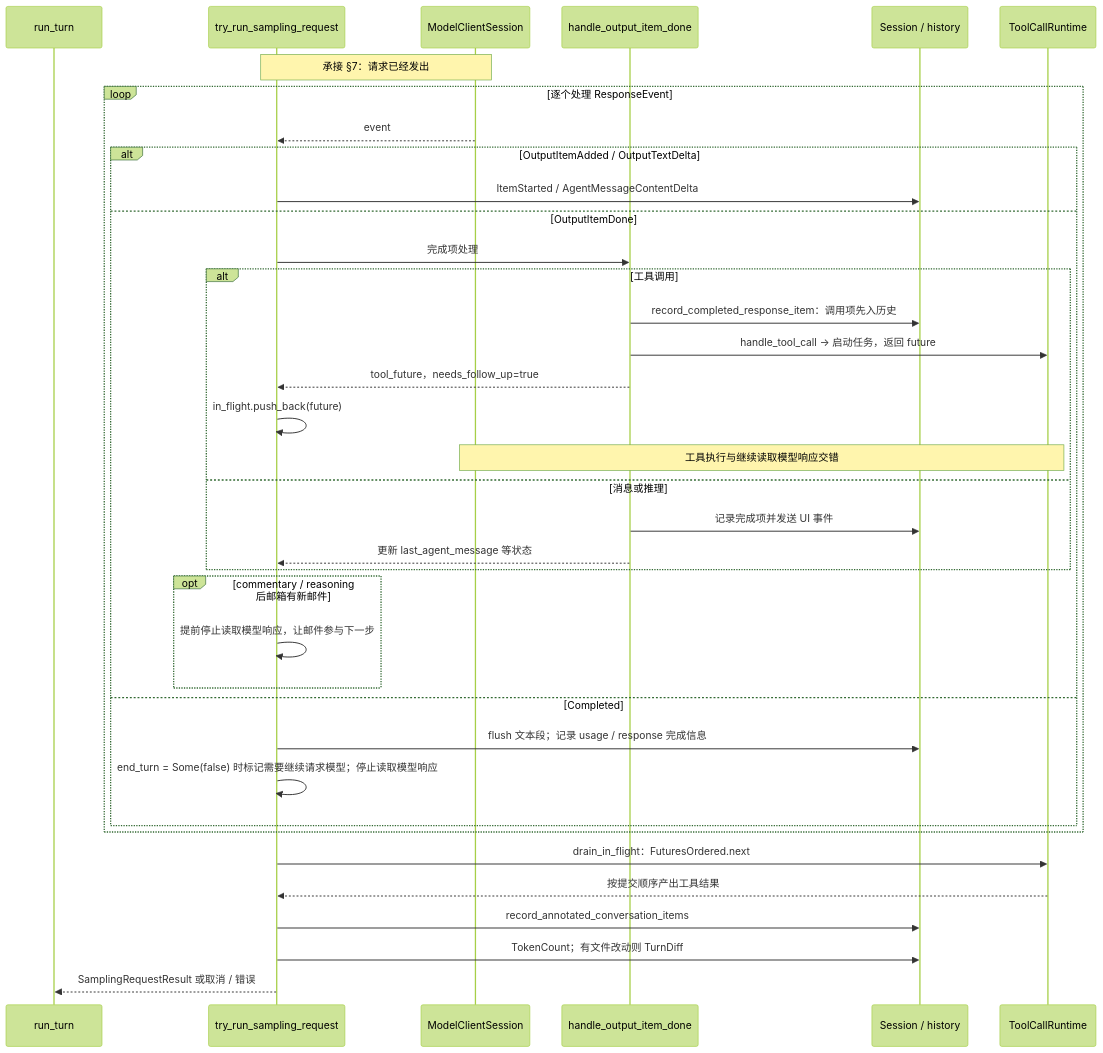
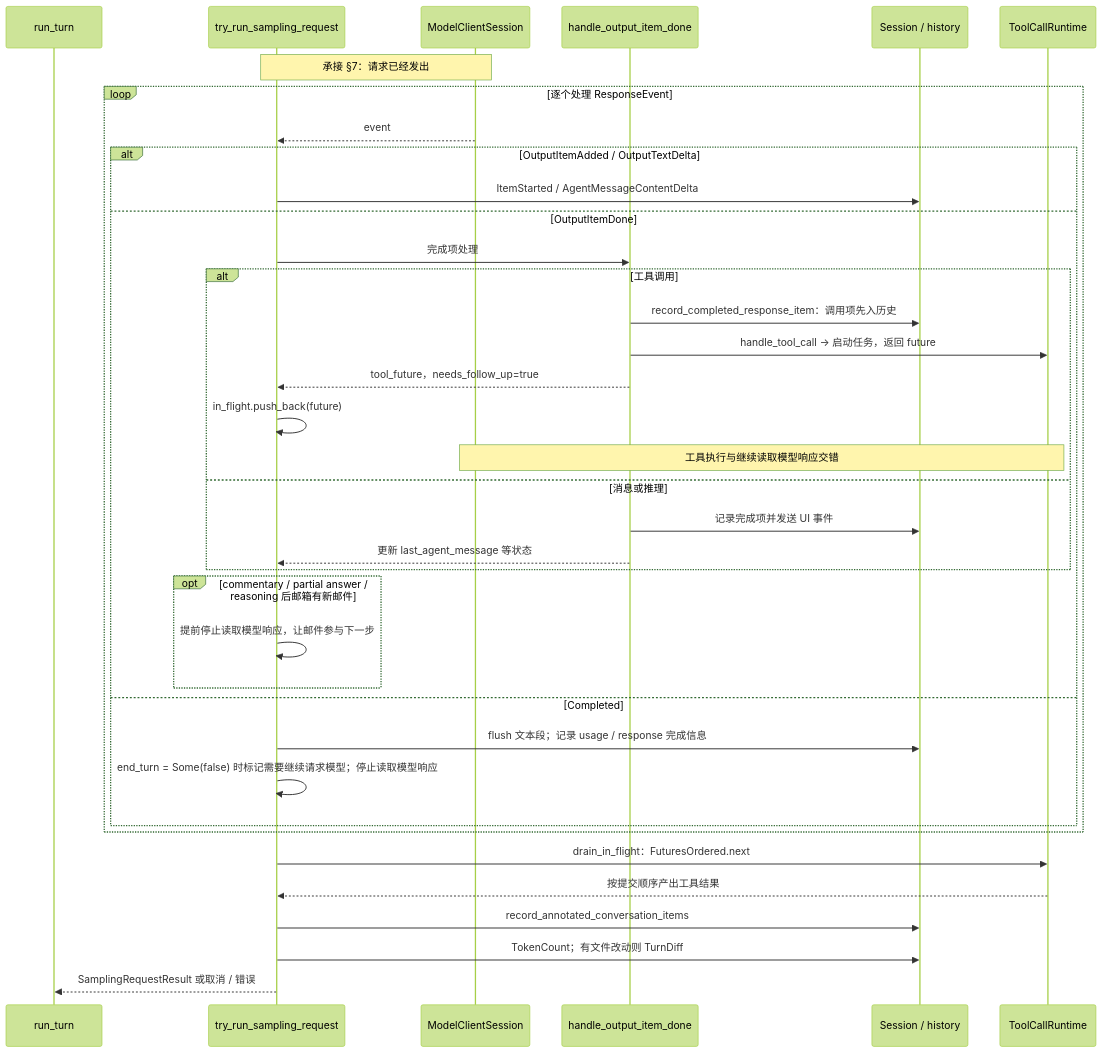
Before and after one commit to nickqiaoo/nickqiaoo.github.io: diagram 20 of 32 in src/content/post/agents-codex/index.md, drawn with Mermaid (forest theme). The commit also changed other lines of this file and 1 other file, not shown here.

````diff
--- a/src/content/post/agents-codex/index.md
+++ b/src/content/post/agents-codex/index.md
@@ -1358,39 +1362,39 @@
 ```mermaid
 sequenceDiagram
   participant RT as run_turn
   participant SR as try_run_sampling_request
   participant MC as ModelClientSession
   participant HO as handle_output_item_done
   participant S as Session / history
   participant TR as ToolCallRuntime
   Note over SR,MC: 承接 §7：请求已经发出
   loop 逐个处理 ResponseEvent
     MC-->>SR: event
     alt OutputItemAdded / OutputTextDelta
       SR->>S: ItemStarted / AgentMessageContentDelta
     else OutputItemDone
       SR->>HO: 完成项处理
       alt 工具调用
         HO->>S: record_completed_response_item：调用项先入历史
         HO->>TR: handle_tool_call → 启动任务，返回 future
         HO-->>SR: tool_future，needs_follow_up=true
         SR->>SR: in_flight.push_back(future)
         Note over MC,TR: 工具执行与继续读取模型响应交错
       else 消息或推理
         HO->>S: 记录完成项并发送 UI 事件
         HO-->>SR: 更新 last_agent_message 等状态
       end
-      opt commentary / reasoning 后邮箱有新邮件
+      opt commentary / partial answer / reasoning 后邮箱有新邮件
         SR->>SR: 提前停止读取模型响应，让邮件参与下一步
       end
     else Completed
       SR->>S: flush 文本段；记录 usage / response 完成信息
       SR->>SR: end_turn = Some(false) 时标记需要继续请求模型；停止读取模型响应
     end
   end
   SR->>TR: drain_in_flight：FuturesOrdered.next
   TR-->>SR: 按提交顺序产出工具结果
   SR->>S: record_annotated_conversation_items
   SR->>S: TokenCount；有文件改动则 TurnDiff
   SR-->>RT: SamplingRequestResult 或取消 / 错误
 ```
````
